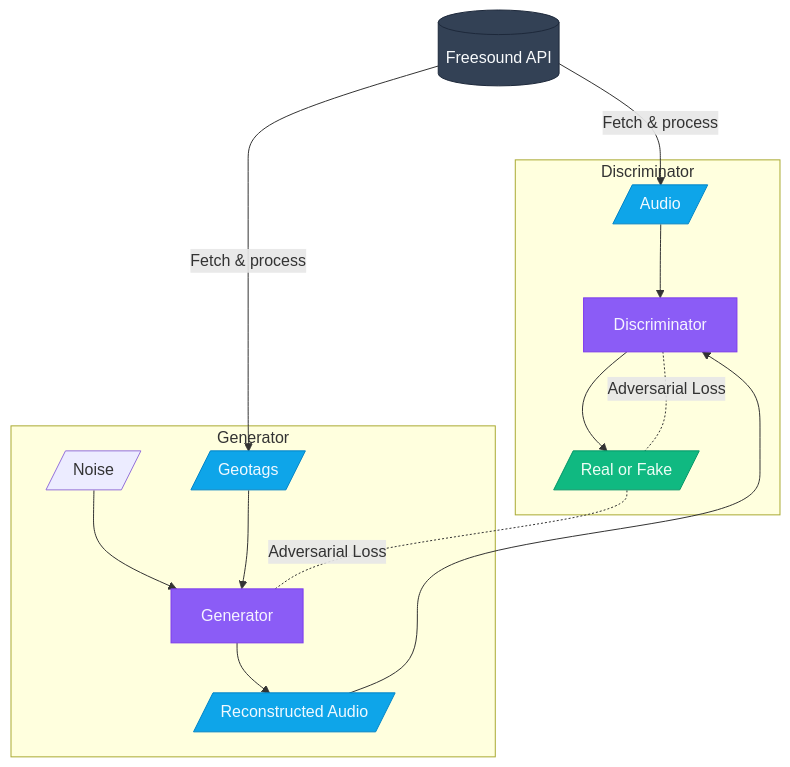
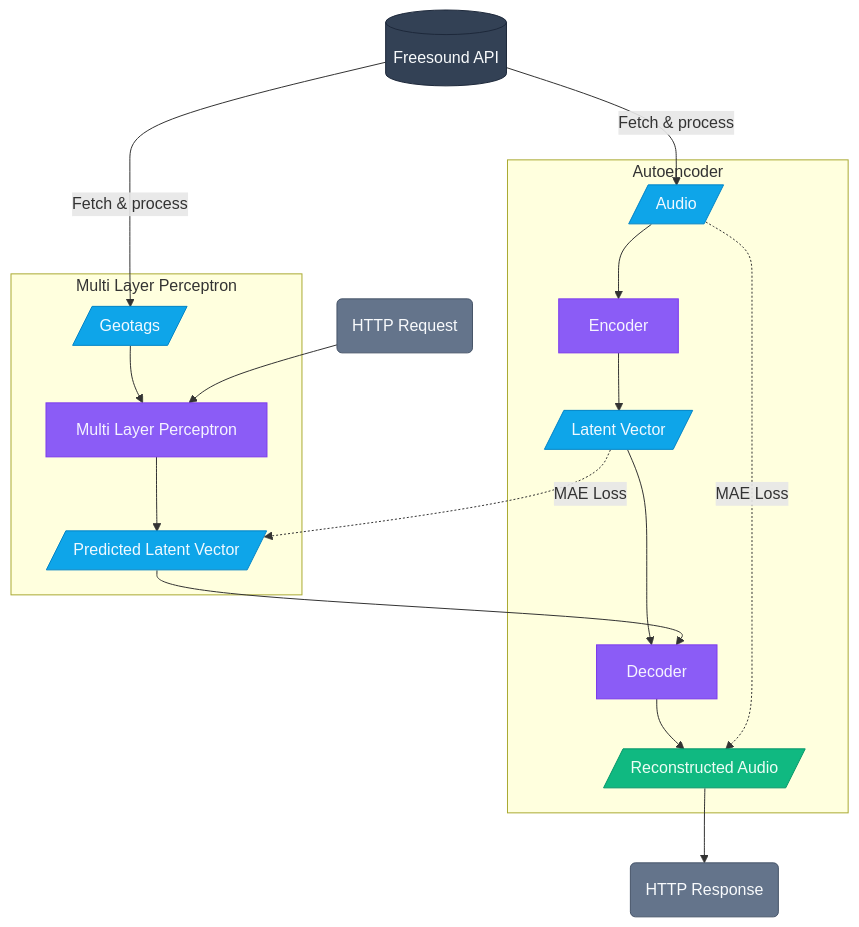
The diagram in README.md (vivekvjyn/GeoSynth), drawn with Mermaid before and after one commit. The commit also changed other lines of this file and 14 other files, not shown here.

````diff
--- a/README.md
+++ b/README.md
@@ -14,27 +14,35 @@
 ```mermaid
 flowchart TD
     DB[(Freesound API)] -->|Fetch & process| A[/Audio/]
     DB -->|Fetch & process| G[/Geotags/]
 
-    subgraph "Generator"
-      N[/Noise/] --> GEN[Generator]
-      G --> GEN
-      GEN --> FA[/Reconstructed Audio/]
+    subgraph "Autoencoder"
+      A --> EN[Encoder]
+      EN --> LV[/Latent Vector/]
+      LV --> DE[Decoder]
+      DE --> RA[/Reconstructed Audio/]
+      A -.->|MAE Loss| RA
     end
 
-    subgraph "Discriminator"
-      FA --> DIS[Discriminator]
-      A --> DIS
-      DIS --> RF[/Real or Fake/]
-      RF -.- |Adversarial Loss| GEN
-      RF -.- |Adversarial Loss| DIS
+    subgraph "Multi Layer Perceptron"
+      G --> MLP[Multi Layer Perceptron]
+      MLP --> PLV[/Predicted Latent Vector/]
+      PLV --> DE
+      LV -.->|MAE Loss| PLV
     end
+
+    HRQ(HTTP Request) --> MLP
+    RA --> HRS(HTTP Response)
 
     style DB fill:#334155,stroke:#1e293b,color:#f8fafc
     style A fill:#0ea5e9,stroke:#0284c7,color:#f0f9ff
     style G fill:#0ea5e9,stroke:#0284c7,color:#f0f9ff
-    style GEN fill:#8b5cf6,stroke:#7c3aed,color:#f5f3ff
-    style FA fill:#0ea5e9,stroke:#0284c7,color:#f0f9ff
-    style DIS fill:#8b5cf6,stroke:#7c3aed,color:#f5f3ff
-    style RF fill:#10b981,stroke:#059669,color:#ecfdf5
+    style EN fill:#8b5cf6,stroke:#7c3aed,color:#f5f3ff
+    style LV fill:#0ea5e9,stroke:#0284c7,color:#f0f9ff
+    style DE fill:#8b5cf6,stroke:#7c3aed,color:#f5f3ff
+    style RA fill:#10b981,stroke:#059669,color:#ecfdf5
+    style MLP fill:#8b5cf6,stroke:#7c3aed,color:#f5f3ff
+    style PLV fill:#0ea5e9,stroke:#0284c7,color:#f0f9ff
+    style HRQ fill:#64748b,stroke:#475569,color:#f8fafc
+    style HRS fill:#64748b,stroke:#475569,color:#f8fafc
 ```
````
